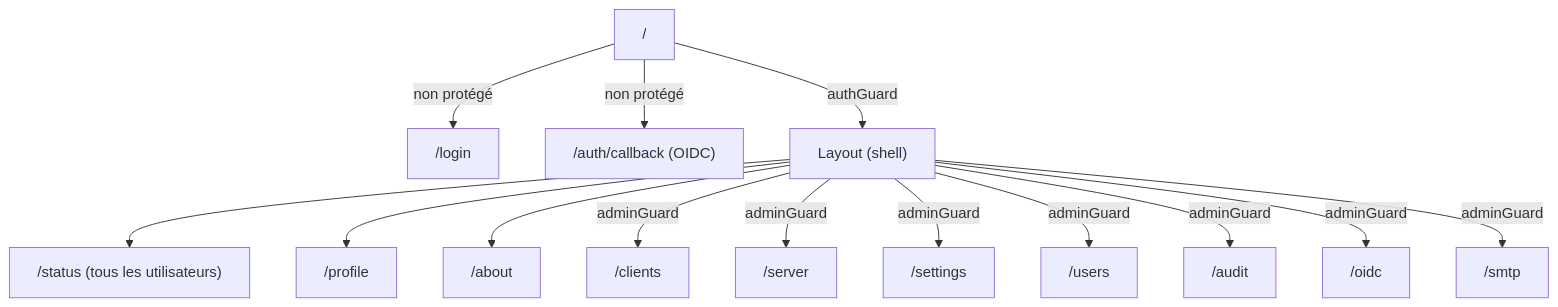
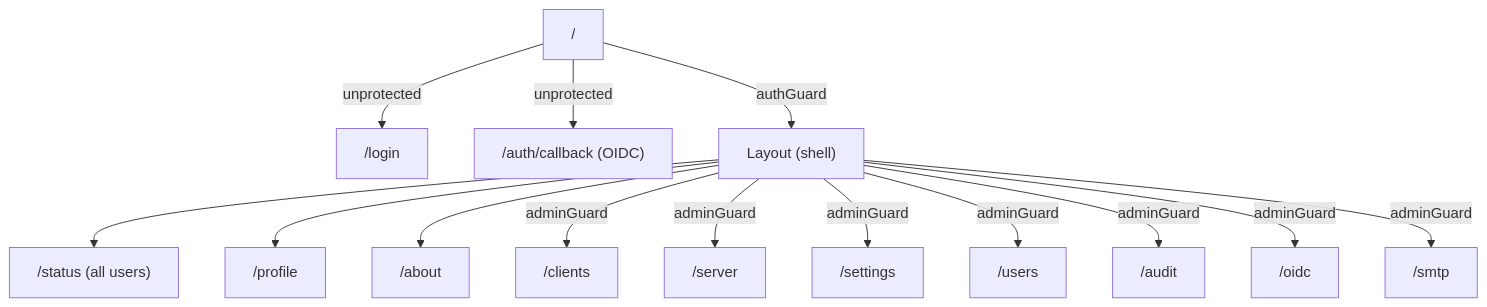
Before and after one commit to cyr-ius/wireguard-ui: the diagram in docs/architecture/frontend.md, drawn with Mermaid. The commit also changed other lines of this file and 28 other files, not shown here.

````diff
--- a/docs/architecture/frontend.md
+++ b/docs/architecture/frontend.md
@@ -44,16 +44,16 @@
 ```mermaid
 flowchart TD
-    Root["/"] -->|"non protégé"| Login["/login"]
-    Root -->|"non protégé"| Callback["/auth/callback (OIDC)"]
+    Root["/"] -->|"unprotected"| Login["/login"]
+    Root -->|"unprotected"| Callback["/auth/callback (OIDC)"]
     Root -->|"authGuard"| Layout["Layout (shell)"]
-    Layout --> Status["/status (tous les utilisateurs)"]
+    Layout --> Status["/status (all users)"]
     Layout --> Profile["/profile"]
     Layout --> About["/about"]
     Layout -->|"adminGuard"| Clients["/clients"]
     Layout -->|"adminGuard"| Server["/server"]
     Layout -->|"adminGuard"| Settings["/settings"]
     Layout -->|"adminGuard"| Users["/users"]
     Layout -->|"adminGuard"| Audit["/audit"]
     Layout -->|"adminGuard"| Oidc["/oidc"]
     Layout -->|"adminGuard"| Smtp["/smtp"]
 ```
````
